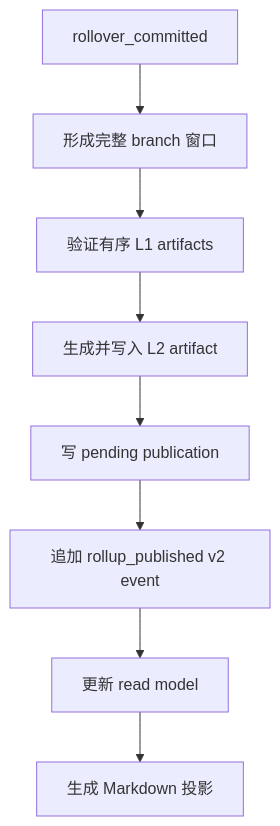
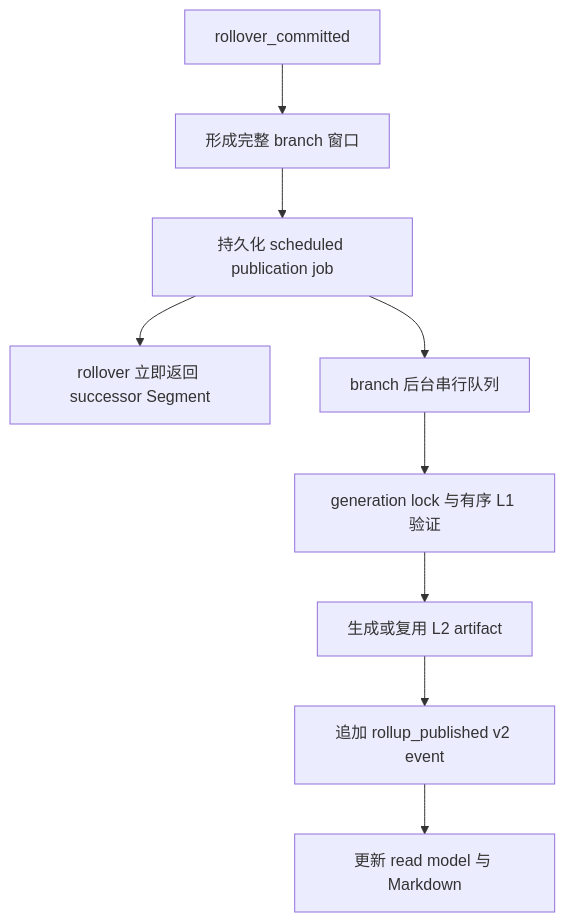
One commit to FengYunCalm/pi-xk changed the diagram in docs/pi-xk/session-chain-rollups-and-model-retrieval.md. Above: the diagram before and after it, drawn with Mermaid. The commit also changed other lines of this file and 51 other files, not shown here.

````diff
--- a/docs/pi-xk/session-chain-rollups-and-model-retrieval.md
+++ b/docs/pi-xk/session-chain-rollups-and-model-retrieval.md
@@ -97,10 +99,11 @@
 ```mermaid
 flowchart TD
     A["rollover_committed"] --> B["形成完整 branch 窗口"]
-    B --> C["验证有序 L1 artifacts"]
-    C --> D["生成并写入 L2 artifact"]
-    D --> E["写 pending publication"]
-    E --> F["追加 rollup_published v2 event"]
-    F --> G["更新 read model"]
-    G --> H["生成 Markdown 投影"]
+    B --> C["持久化 scheduled publication job"]
+    C --> D["rollover 立即返回 successor Segment"]
+    C --> E["branch 后台串行队列"]
+    E --> F["generation lock 与有序 L1 验证"]
+    F --> G["生成或复用 L2 artifact"]
+    G --> H["追加 rollup_published v2 event"]
+    H --> I["更新 read model 与 Markdown"]
 ```
````
